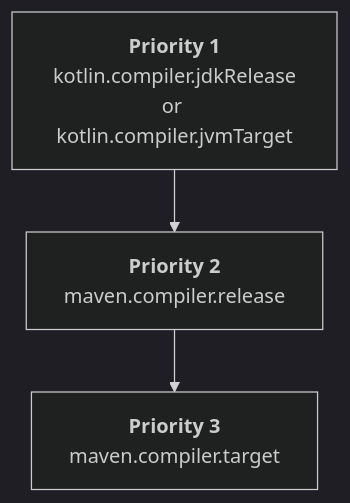
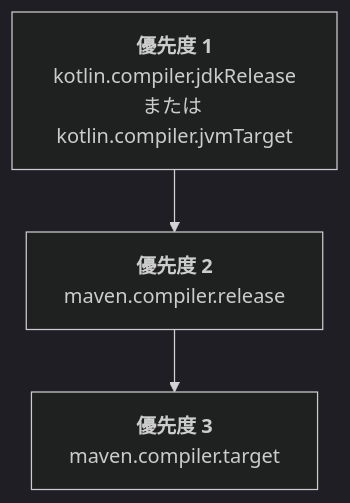
Before and after one commit to BinaryTape/Open-AIDoc: the first of 2 diagrams in docs/ja/kotlin/maven-configure-project.md, drawn with Mermaid (dark theme). The commit also changed other lines of this file and 1240 other files, not shown here.

````diff
--- a/docs/ja/kotlin/maven-configure-project.md
+++ b/docs/ja/kotlin/maven-configure-project.md
@@ -95,9 +95,9 @@
 ```mermaid
 graph TD
-    A["<b>Priority 1</b><br/>kotlin.compiler.jdkRelease</br>or kotlin.compiler.jvmTarget"]
-    B["<b>Priority 2</b><br/>maven.compiler.release"]
-    C["<b>Priority 3</b><br/>maven.compiler.target"]
+    A["<b>優先度 1</b><br/>kotlin.compiler.jdkRelease<br/>または kotlin.compiler.jvmTarget"]
+    B["<b>優先度 2</b><br/>maven.compiler.release"]
+    C["<b>優先度 3</b><br/>maven.compiler.target"]
 
     A --> B
     B --> C
 ```
````
